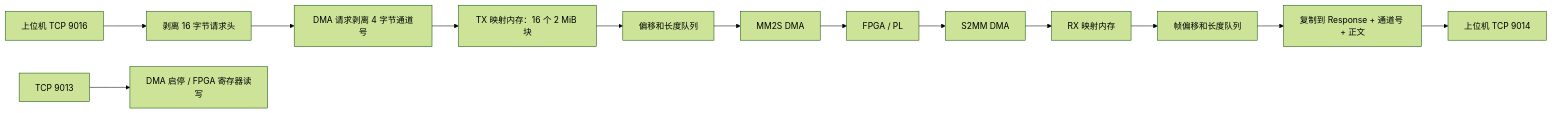
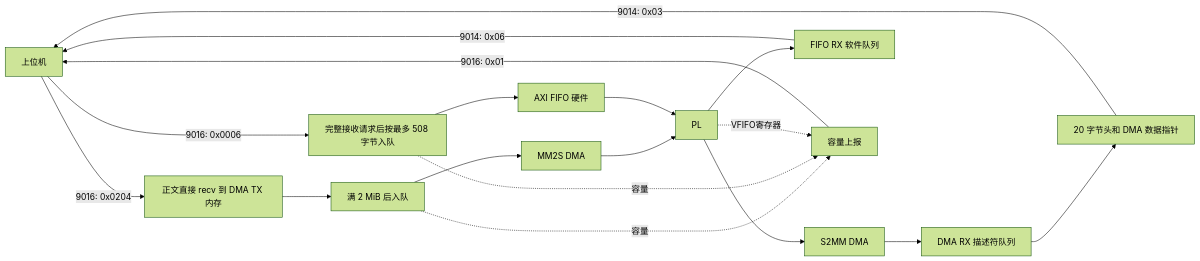
One commit to fdgdf116/ZMHT-ZYNQ-422 changed the diagram in DATA_FLOW.md. Above: the diagram before and after it, drawn with Mermaid (forest theme). The commit also changed other lines of this file and 20 other files, not shown here.

````diff
--- a/DATA_FLOW.md
+++ b/DATA_FLOW.md
@@ -7,15 +15,20 @@
 ```mermaid
 flowchart LR
-    PC_TX[上位机 TCP 9016] --> Header[剥离 16 字节请求头]
-    Header --> Channel[DMA 请求剥离 4 字节通道号]
-    Channel --> TX[TX 映射内存：16 个 2 MiB 块]
-    TX --> Queue[偏移和长度队列]
-    Queue --> MM2S[MM2S DMA]
-    MM2S --> PL[FPGA / PL]
+    PC[上位机] -->|9016: 0x0204| DMA_RX[正文直接 recv 到 DMA TX 内存]
+    DMA_RX --> TXQ[满 2 MiB 后入队]
+    TXQ --> MM2S[MM2S DMA]
+    MM2S --> PL[PL]
+    PC -->|9016: 0x0006| FTX[完整接收请求后按最多 508 字节入队]
+    FTX --> HW[AXI FIFO 硬件]
+    HW --> PL
     PL --> S2MM[S2MM DMA]
-    S2MM --> RX[RX 映射内存]
-    RX --> RXQ[帧偏移和长度队列]
-    RXQ --> Packet[复制到 Response + 通道号 + 正文]
-    Packet --> PC_RX[上位机 TCP 9014]
-    CMD[TCP 9013] --> Control[DMA 启停 / FPGA 寄存器读写]
+    S2MM --> RXQ[DMA RX 描述符队列]
+    RXQ --> VECTOR[20 字节头和 DMA 数据指针]
+    VECTOR -->|9014: 0x03| PC
+    PL --> FRX[FIFO RX 软件队列]
+    FRX -->|9014: 0x06| PC
+    TXQ -.容量.-> REPORT[容量上报]
+    FTX -.容量.-> REPORT
+    PL -.VFIFO寄存器.-> REPORT
+    REPORT -->|9016: 0x01| PC
 ```
````
